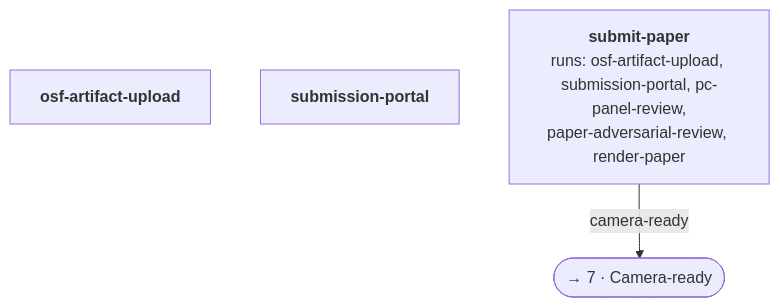
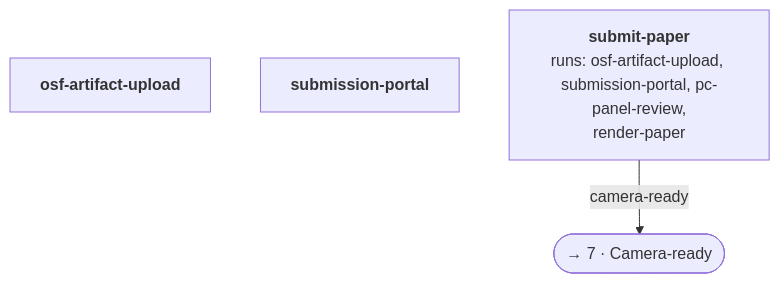
Before and after one commit to zernie/paperlint: the seventh of 9 diagrams in docs/pipeline.md, drawn with Mermaid. The commit also changed other lines of this file and 44 other files, not shown here.

````diff
--- a/docs/pipeline.md
+++ b/docs/pipeline.md
@@ -167,8 +164,8 @@
 ```mermaid
 flowchart TB
   osf_artifact_upload["<b>osf-artifact-upload</b>"]
   submission_portal["<b>submission-portal</b>"]
-  submit_paper["<b>submit-paper</b><br/>runs: osf-artifact-upload, submission-portal, pc-panel-review,<br/>paper-adversarial-review, render-paper"]
+  submit_paper["<b>submit-paper</b><br/>runs: osf-artifact-upload, submission-portal, pc-panel-review,<br/>render-paper"]
   to_stage_camera_ready(["→ 7 · Camera-ready"])
   submit_paper -- "camera-ready" --> to_stage_camera_ready
 ```
````
